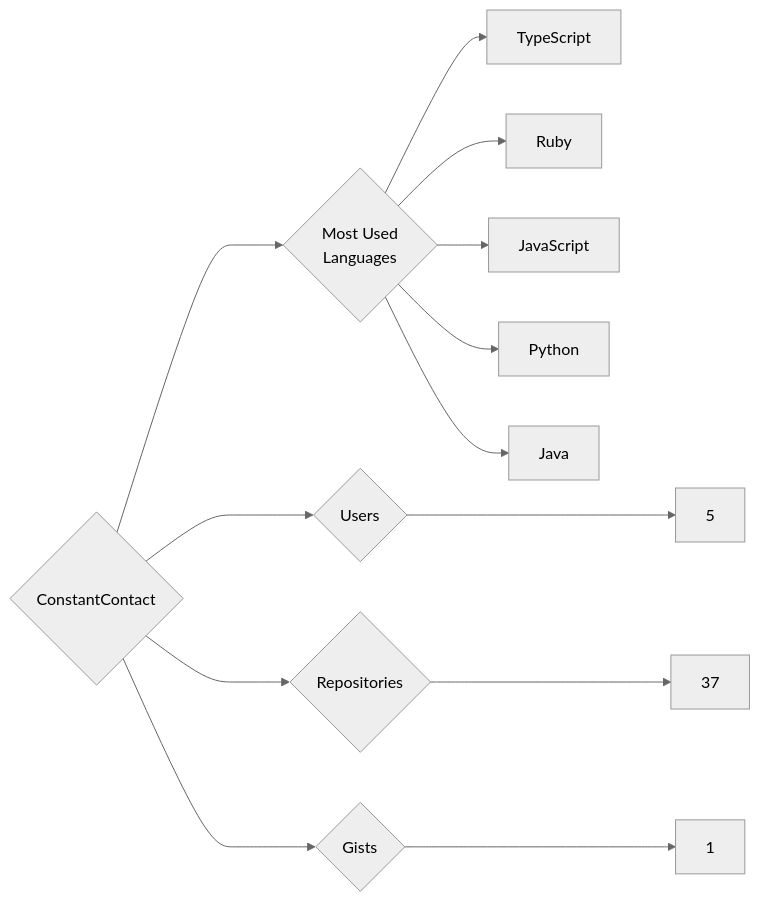
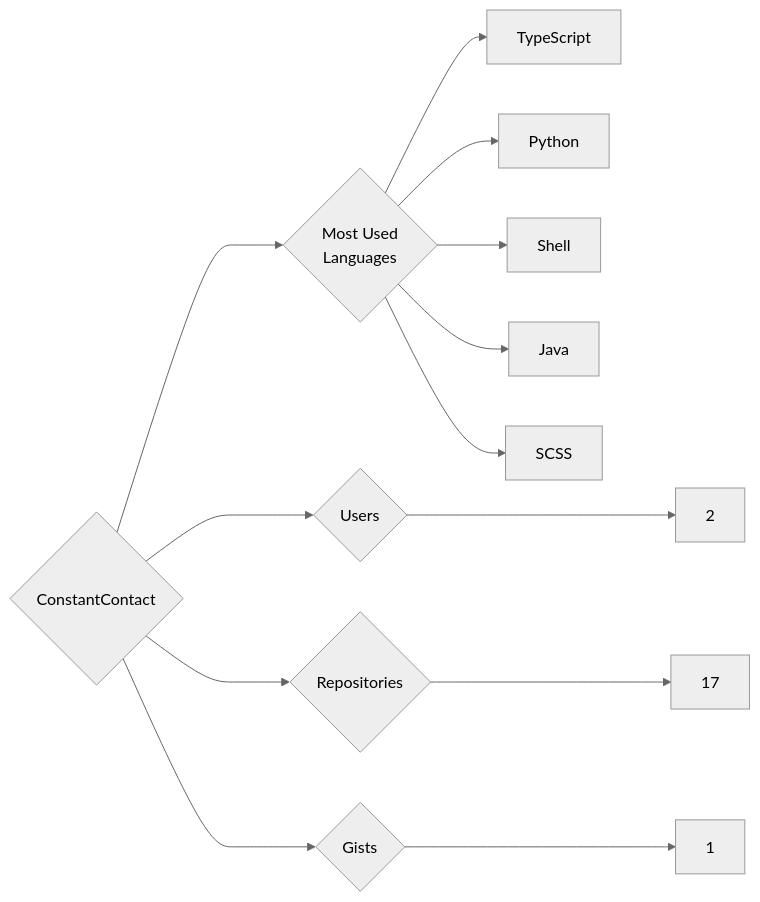
The diagram in targets/ConstantContact/README.md (trickest/insiders), drawn with Mermaid (neutral theme) before and after one commit. The commit also changed 1084 other files, not shown here.

````diff
--- a/targets/ConstantContact/README.md
+++ b/targets/ConstantContact/README.md
@@ -3,13 +3,13 @@
 ```mermaid
 graph LR
 COMPANY_NAME{ConstantContact}
-COMPANY_NAME ---> U{Users} ---> UN[5]
-COMPANY_NAME ---> R{Repositories} ---> RN[37]
+COMPANY_NAME ---> U{Users} ---> UN[2]
+COMPANY_NAME ---> R{Repositories} ---> RN[17]
 COMPANY_NAME ---> G{Gists} ---> GN[1]
 COMPANY_NAME ---> ML{Most Used<br>Languages}
 ML --> TypeScript[TypeScript]
-ML --> Ruby[Ruby]
-ML --> JavaScript[JavaScript]
 ML --> Python[Python]
+ML --> Shell[Shell]
 ML --> Java[Java]
+ML --> SCSS[SCSS]
 ```
````
